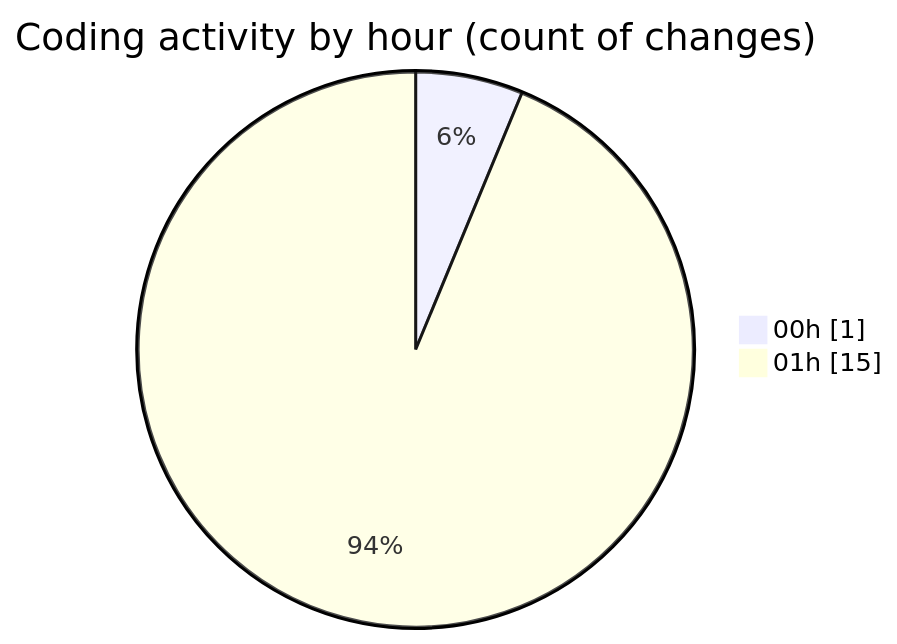
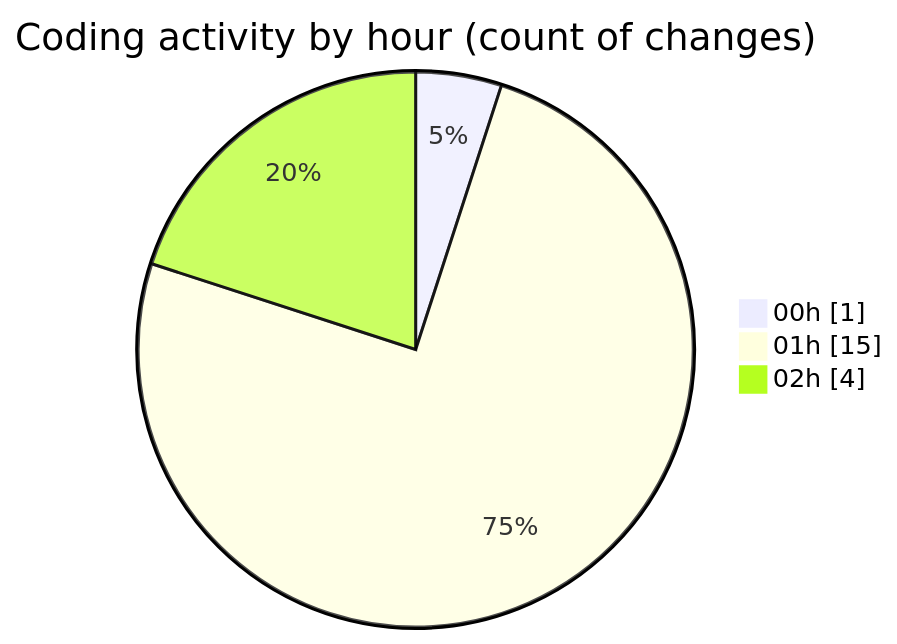
The second of 2 diagrams in 2025-05-01/niten/README.md (Elitesun/code-tracking), drawn with Mermaid before and after one commit. The commit also changed other lines of this file and 1 other file, not shown here.

````diff
--- a/2025-05-01/niten/README.md
+++ b/2025-05-01/niten/README.md
@@ -35,6 +35,7 @@
 ```mermaid
 pie showData
 title Coding activity by hour (count of changes)
 "00h" : 1
 "01h" : 15
+"02h" : 4
 ```
````
